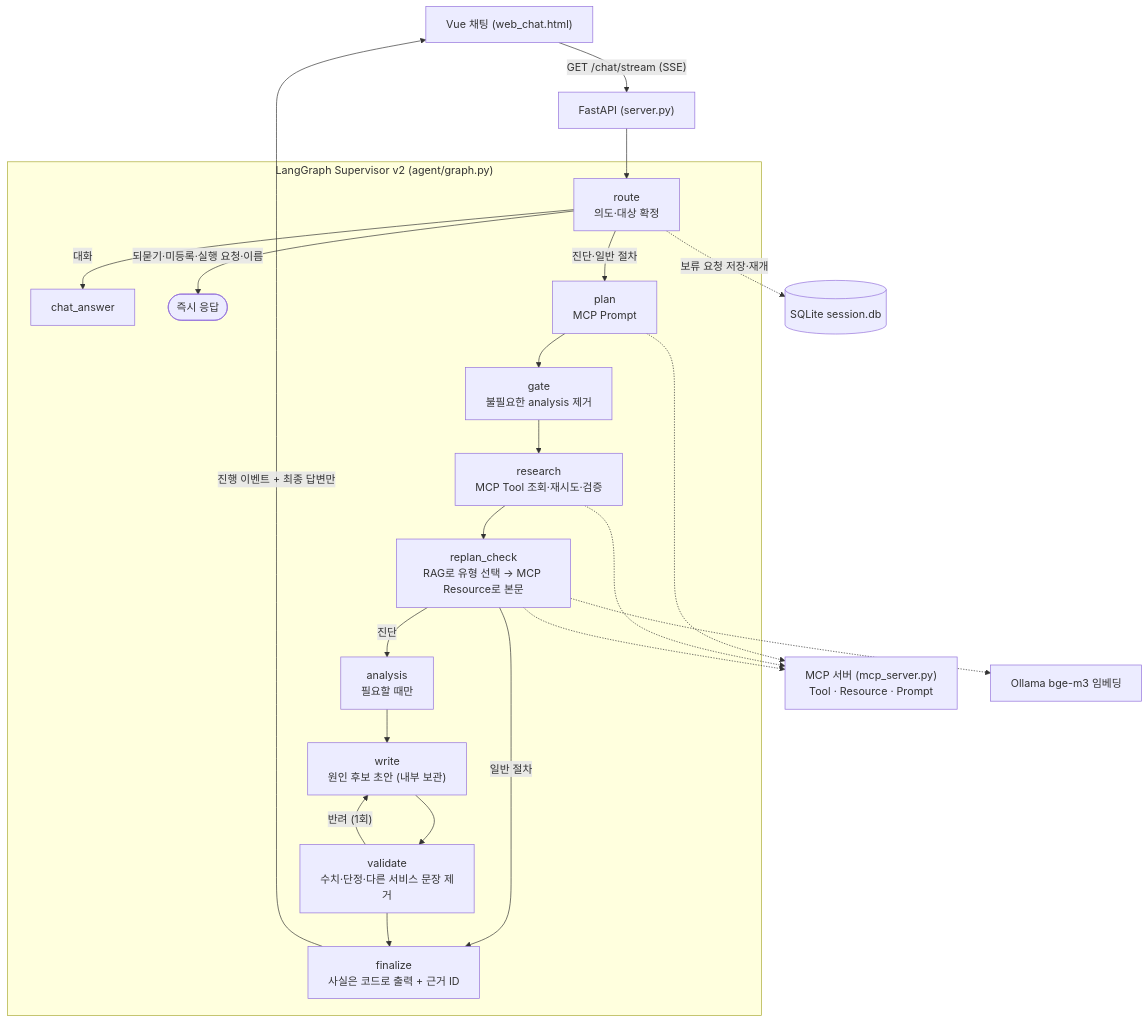
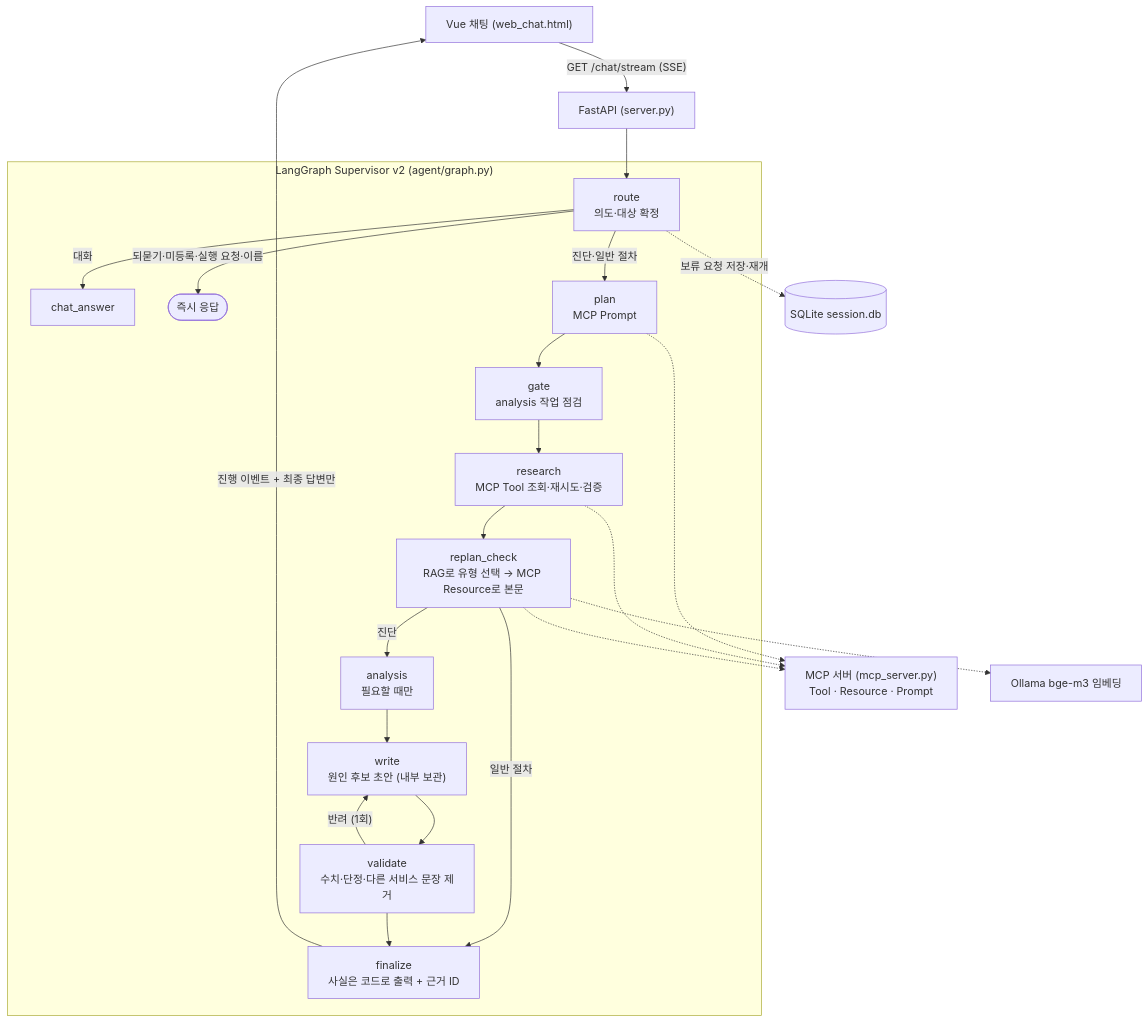
The diagram in README.md (PKJthecreator/skala-evidenceops-agent), drawn with Mermaid before and after one commit. The commit also changed other lines of this file and 3 other files, not shown here.

Commit message:
docs: README 문장 정리, 사실 오류 수정, 전체 구조도 추가

````diff
--- a/README.md
+++ b/README.md
@@ -82,26 +119,26 @@
 ```mermaid
 flowchart TD
     UI["Vue 채팅 (web_chat.html)"] -->|"GET /chat/stream (SSE)"| API["FastAPI (server.py)"]
     API --> ROUTE
     subgraph LG["LangGraph Supervisor v2 (agent/graph.py)"]
         ROUTE["route<br/>의도·대상 확정"]
         ROUTE -->|"대화"| CHAT["chat_answer"]
         ROUTE -->|"되묻기·미등록·실행 요청·이름"| DONE(["즉시 응답"])
         ROUTE -->|"진단·일반 절차"| PLAN["plan<br/>MCP Prompt"]
-        PLAN --> GATE["gate<br/>불필요한 analysis 제거"]
+        PLAN --> GATE["gate<br/>analysis 작업 점검"]
         GATE --> RESEARCH["research<br/>MCP Tool 조회·재시도·검증"]
         RESEARCH --> REPLAN["replan_check<br/>RAG로 유형 선택 → MCP Resource로 본문"]
         REPLAN -->|"일반 절차"| FINAL
         REPLAN -->|"진단"| ANALYSIS["analysis<br/>필요할 때만"]
         ANALYSIS --> WRITE["write<br/>원인 후보 초안 (내부 보관)"]
         WRITE --> VALIDATE["validate<br/>수치·단정·다른 서비스 문장 제거"]
         VALIDATE -->|"반려 (1회)"| WRITE
         VALIDATE --> FINAL["finalize<br/>사실은 코드로 출력 + 근거 ID"]
     end
     ROUTE -.->|"보류 요청 저장·재개"| DB[("SQLite session.db")]
     PLAN -.-> MCP["MCP 서버 (mcp_server.py)<br/>Tool · Resource · Prompt"]
     RESEARCH -.-> MCP
     REPLAN -.-> MCP
     REPLAN -.-> EMB["Ollama bge-m3 임베딩"]
     FINAL -->|"진행 이벤트 + 최종 답변만"| UI
 ```
````
